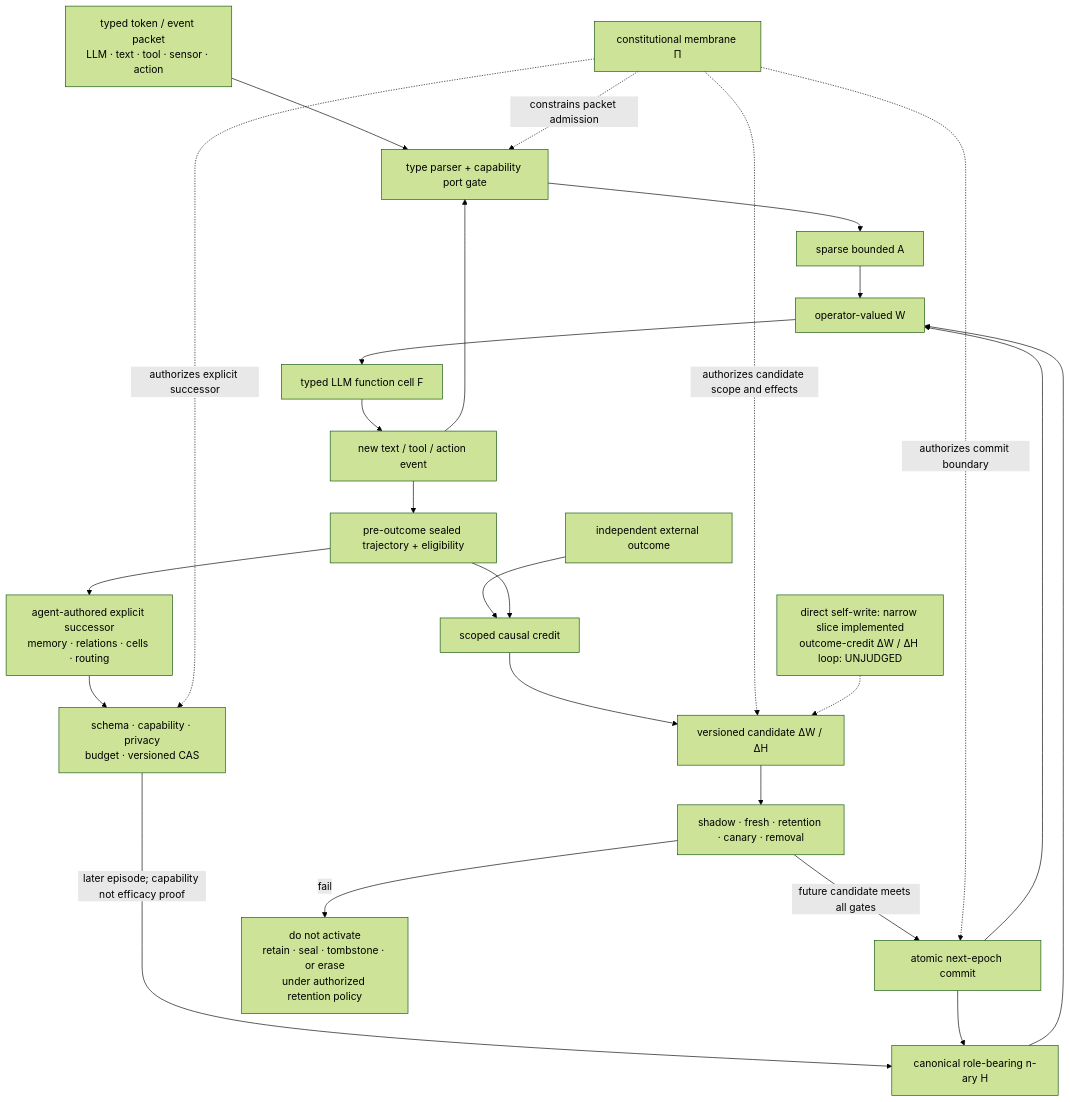
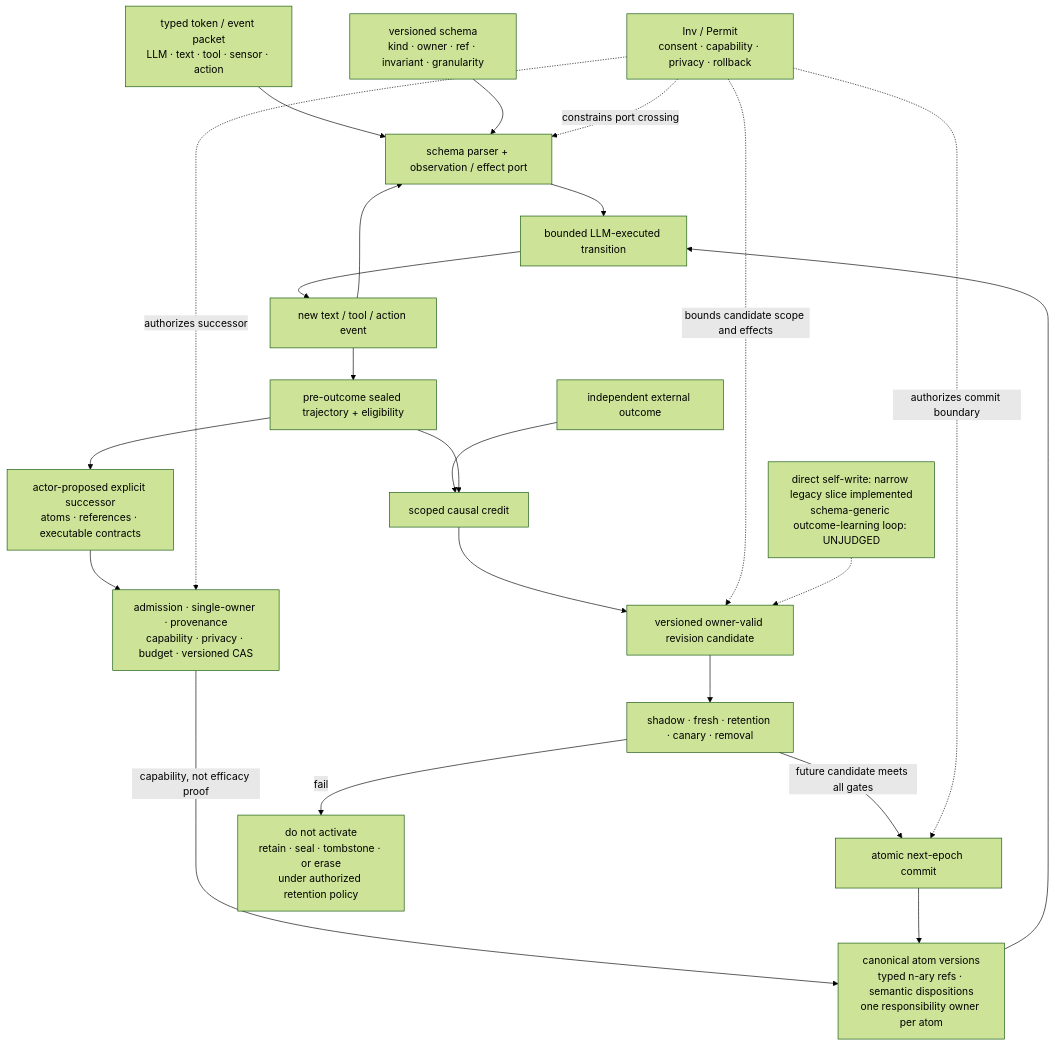
One commit to gj3447/HSWM changed the eighth of 8 diagrams in README.md. Above: the diagram before and after it, drawn with Mermaid (forest theme). The commit also changed other lines of this file and 18 other files, not shown here.

Commit message:
docs: adopt schema-relative atom ownership

````diff
--- a/README.md
+++ b/README.md
@@ -737,31 +750,29 @@
 ```mermaid
 flowchart TB
-  TOK["typed token / event packet<br/>LLM · text · tool · sensor · action"] --> GATE["type parser + capability port gate"]
-  GATE --> A["sparse bounded A"]
-  H["canonical role-bearing n-ary H"] --> W["operator-valued W"]
-  A --> W
-  W --> F["typed LLM function cell F"]
-  F --> NEXT["new text / tool / action event"]
+  TOK["typed token / event packet<br/>LLM · text · tool · sensor · action"] --> GATE["schema parser + observation / effect port"]
+  SCHEMA["versioned schema<br/>kind · owner · ref · invariant · granularity"] --> GATE
+  STATE["canonical atom versions<br/>typed n-ary refs · semantic dispositions<br/>one responsibility owner per atom"] --> STEP["bounded LLM-executed transition"]
+  GATE --> STEP
+  STEP --> NEXT["new text / tool / action event"]
   NEXT --> GATE
   NEXT --> SEAL["pre-outcome sealed trajectory + eligibility"]
 
-  SEAL --> DIRECT["agent-authored explicit successor<br/>memory · relations · cells · routing"]
-  DIRECT --> DCHECK["schema · capability · privacy<br/>budget · versioned CAS"]
-  DCHECK -->|"later episode; capability not efficacy proof"| H
+  SEAL --> DIRECT["actor-proposed explicit successor<br/>atoms · references · executable contracts"]
+  DIRECT --> DCHECK["admission · single-owner · provenance<br/>capability · privacy · budget · versioned CAS"]
+  DCHECK -->|"capability, not efficacy proof"| STATE
 
   OUT["independent external outcome"] --> CREDIT["scoped causal credit"]
   SEAL --> CREDIT
-  CREDIT --> CAND["versioned candidate ΔW / ΔH"]
+  CREDIT --> CAND["versioned owner-valid revision candidate"]
   CAND --> TEST["shadow · fresh · retention · canary · removal"]
   TEST -->|"future candidate meets all gates"| COMMIT["atomic next-epoch commit"]
-  COMMIT --> H
-  COMMIT --> W
+  COMMIT --> STATE
   TEST -->|fail| ARCHIVE["do not activate<br/>retain · seal · tombstone · or erase<br/>under authorized retention policy"]
 
-  PI["constitutional membrane Π"] -.->|"constrains packet admission"| GATE
-  PI -.->|"authorizes explicit successor"| DCHECK
-  PI -.->|"authorizes candidate scope and effects"| CAND
-  PI -.->|"authorizes commit boundary"| COMMIT
+  INV["Inv / Permit<br/>consent · capability · privacy · rollback"] -.->|"constrains port crossing"| GATE
+  INV -.->|"authorizes successor"| DCHECK
+  INV -.->|"bounds candidate scope and effects"| CAND
+  INV -.->|"authorizes commit boundary"| COMMIT
 
-  STATUSL["direct self-write: narrow slice implemented<br/>outcome-credit ΔW / ΔH loop: UNJUDGED"] -.-> CAND
+  STATUSL["direct self-write: narrow legacy slice implemented<br/>schema-generic outcome-learning loop: UNJUDGED"] -.-> CAND
 ```
````
